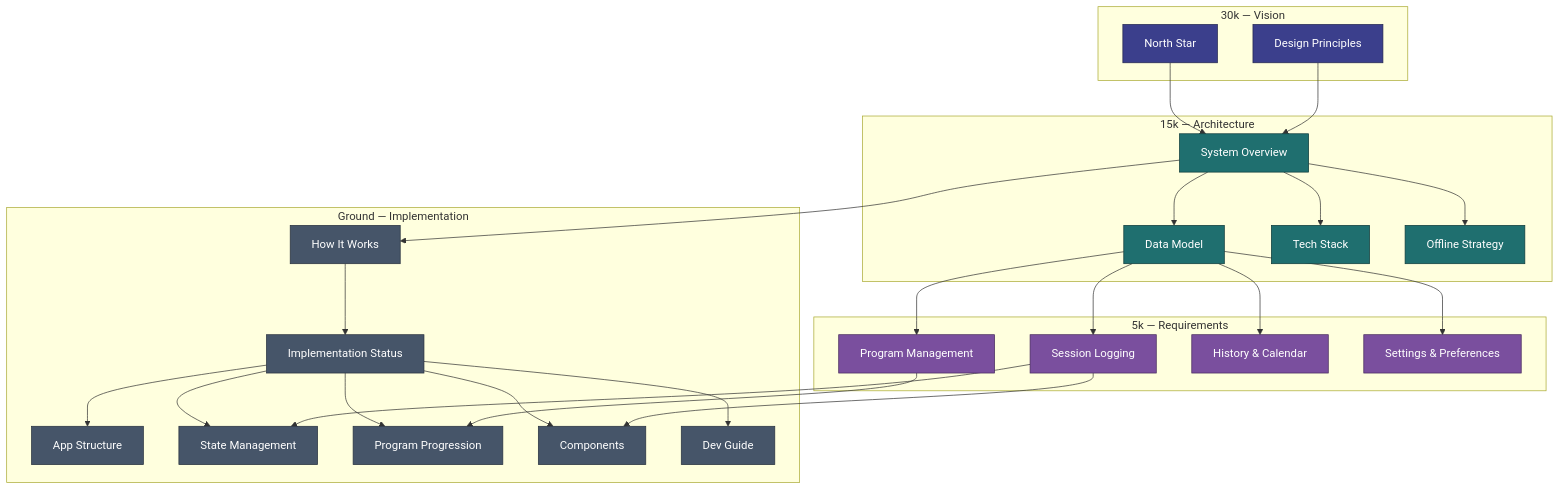
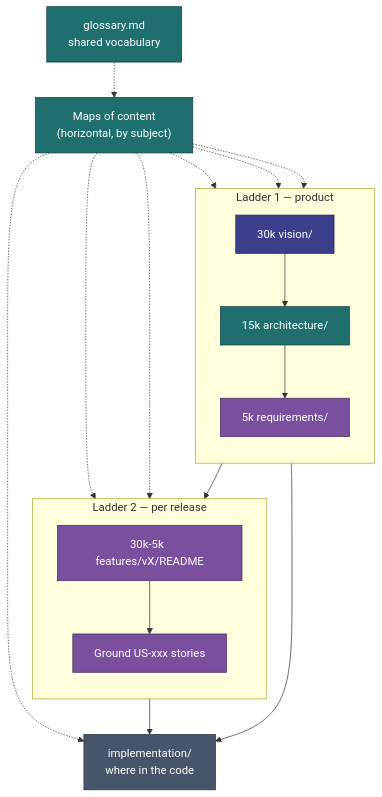
Before and after one commit to jermbo/CosmicWorkOut: the diagram in docs/README.md, drawn with Mermaid. The commit also changed other lines of this file and 229 other files, not shown here.

````diff
--- a/docs/README.md
+++ b/docs/README.md
@@ -22,50 +61,36 @@
 ```mermaid
 flowchart TB
-    subgraph vision ["30k — Vision"]
-        NS[North Star]
-        DP[Design Principles]
+    subgraph product ["Ladder 1 — product"]
+        direction TB
+        V["30k  vision/"]
+        A["15k  architecture/"]
+        R["5k  requirements/"]
+        V --> A --> R
     end
 
-    subgraph arch ["15k — Architecture"]
-        SO[System Overview]
-        DM[Data Model]
-        TS[Tech Stack]
-        OS[Offline Strategy]
+    subgraph feature ["Ladder 2 — per release"]
+        direction TB
+        FR["30k-5k  features/vX/README"]
+        US["Ground  US-xxx stories"]
+        FR --> US
     end
 
-    subgraph req ["5k — Requirements"]
-        PM[Program Management]
-        SL[Session Logging]
-        HC[History & Calendar]
-        SP[Settings & Preferences]
-    end
+    MAPS["Maps of content<br/>(horizontal, by subject)"]
+    IMPL["implementation/<br/>where in the code"]
+    GLOS["glossary.md<br/>shared vocabulary"]
 
-    subgraph impl ["Ground — Implementation"]
-        HW[How It Works]
-        ST[Implementation Status]
-        AS[App Structure]
-        SM[State Management]
-        PP[Program Progression]
-        CO[Components]
-        DG[Dev Guide]
-    end
-
-    NS --> SO
-    DP --> SO
-    SO --> DM & TS & OS
-    DM --> PM & SL & HC & SP
-    SO --> HW
-    HW --> ST
-    ST --> AS & SM & PP & CO & DG
-    PM --> PP
-    SL --> SM & CO
+    R --> FR
+    MAPS -.-> V & A & R & FR & US & IMPL
+    US --> IMPL
+    R --> IMPL
+    GLOS -.-> MAPS
 
     classDef vision fill:#3b3f8c,stroke:#23264f,color:#ffffff;
     classDef arch fill:#1f6f6f,stroke:#0f3a3a,color:#ffffff;
     classDef req fill:#7a4f9e,stroke:#46295c,color:#ffffff;
     classDef impl fill:#465569,stroke:#28313e,color:#ffffff;
-    class NS,DP vision;
-    class SO,DM,TS,OS arch;
-    class PM,SL,HC,SP req;
-    class HW,ST,AS,SM,PP,CO,DG impl;
+    class V vision;
+    class A,MAPS,GLOS arch;
+    class R,FR,US req;
+    class IMPL impl;
 ```
````
